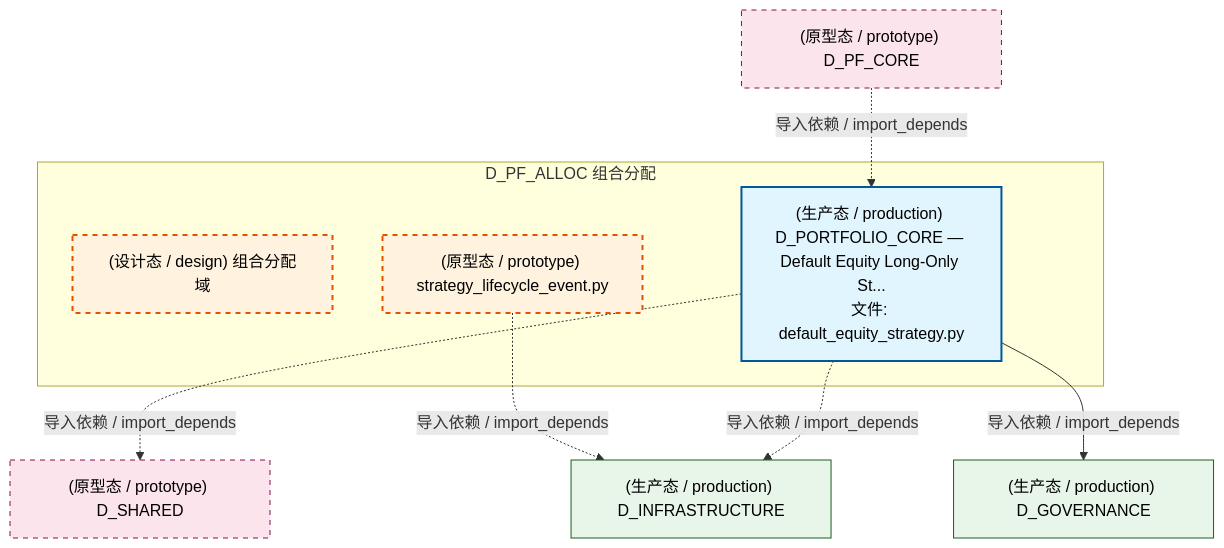
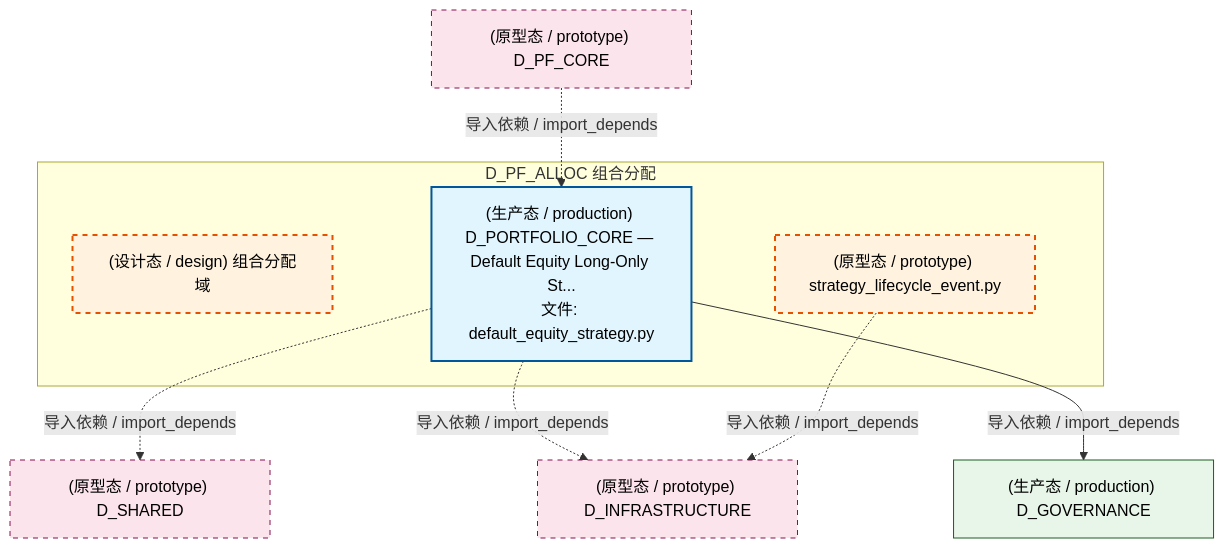
One commit to xuanFelixVan/ZephyrAlpha changed the first of 5 diagrams in docs/02_enterprise_architecture/02_domain_architecture_docs/51_d_pf_alloc.md. Above: the diagram before and after it, drawn with Mermaid. The commit also changed 96 other files, not shown here.

````diff
--- a/docs/02_enterprise_architecture/02_domain_architecture_docs/51_d_pf_alloc.md
+++ b/docs/02_enterprise_architecture/02_domain_architecture_docs/51_d_pf_alloc.md
@@ -70,25 +70,25 @@
 ```mermaid
 graph TD
     subgraph D_PF_ALLOC["D_PF_ALLOC 组合分配"]
         src_zephyr_pf_alloc["(设计态 / design) 组合分配域"]
         src_zephyr_pf_alloc_strategy_lifecycle_event_py["(原型态 / prototype) strategy_lifecycle_event.py"]
         src_zephyr_pf_core_default_equity_strategy_py["(生产态 / production) D_PORTFOLIO_CORE — Default Equity Long-Only St...<br/>文件: default_equity_strategy.py"]
     end
     D_SHARED["(原型态 / prototype) D_SHARED"]
     src_zephyr_pf_core_default_equity_strategy_py -.->|导入依赖 / import_depends| D_SHARED
-    D_INFRASTRUCTURE["(生产态 / production) D_INFRASTRUCTURE"]
+    D_INFRASTRUCTURE["(原型态 / prototype) D_INFRASTRUCTURE"]
+    src_zephyr_pf_core_default_equity_strategy_py -.->|导入依赖 / import_depends| D_INFRASTRUCTURE
     src_zephyr_pf_alloc_strategy_lifecycle_event_py -.->|导入依赖 / import_depends| D_INFRASTRUCTURE
-    src_zephyr_pf_core_default_equity_strategy_py -.->|导入依赖 / import_depends| D_INFRASTRUCTURE
     D_GOVERNANCE["(生产态 / production) D_GOVERNANCE"]
     src_zephyr_pf_core_default_equity_strategy_py -->|导入依赖 / import_depends| D_GOVERNANCE
     D_PF_CORE["(原型态 / prototype) D_PF_CORE"]
     D_PF_CORE -.->|导入依赖 / import_depends| src_zephyr_pf_core_default_equity_strategy_py
     classDef production fill:#e1f5fe,stroke:#01579b,stroke-width:2px,color:#000
     classDef design fill:#fff3e0,stroke:#e65100,stroke-width:2px,color:#000,stroke-dasharray: 5 5
     classDef external_prod fill:#e8f5e9,stroke:#1b5e20,stroke-width:1px,color:#000
     classDef external_design fill:#fce4ec,stroke:#880e4f,stroke-width:1px,color:#000,stroke-dasharray: 5 5
     class src_zephyr_pf_core_default_equity_strategy_py production
     class src_zephyr_pf_alloc,src_zephyr_pf_alloc_strategy_lifecycle_event_py design
-    class D_INFRASTRUCTURE,D_GOVERNANCE external_prod
-    class D_SHARED,D_PF_CORE external_design
+    class D_GOVERNANCE external_prod
+    class D_SHARED,D_INFRASTRUCTURE,D_PF_CORE external_design
 ```
````
